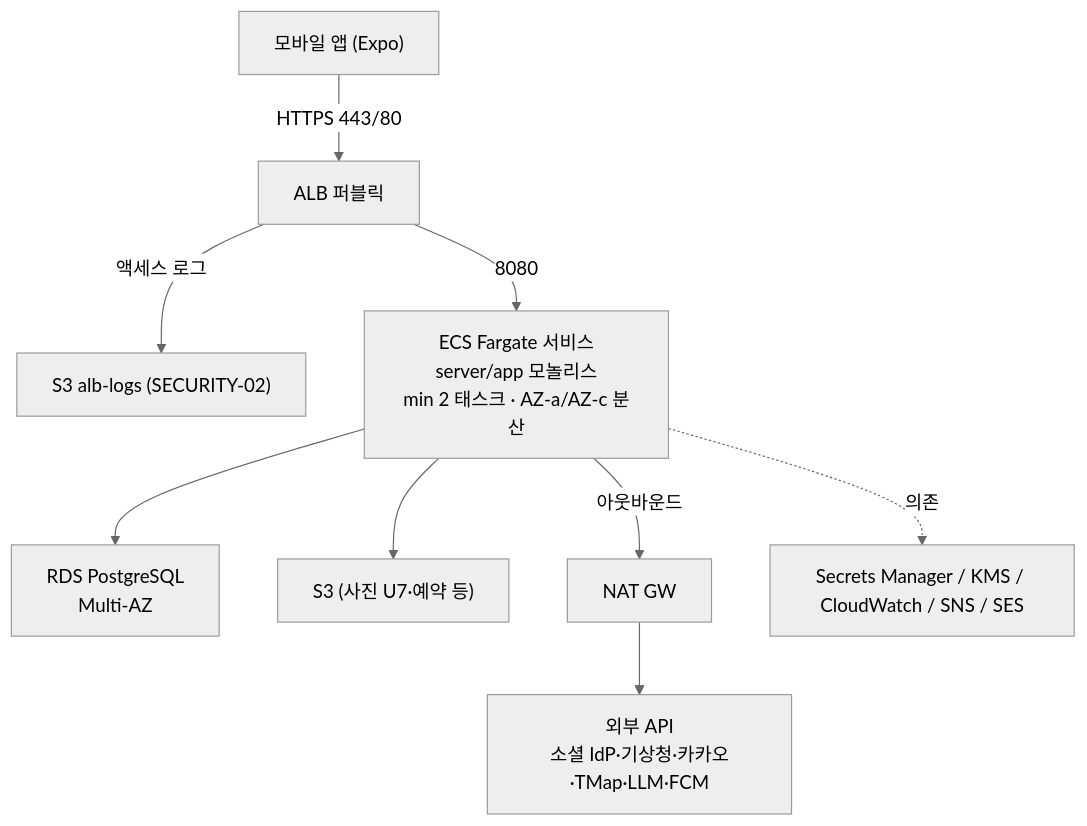
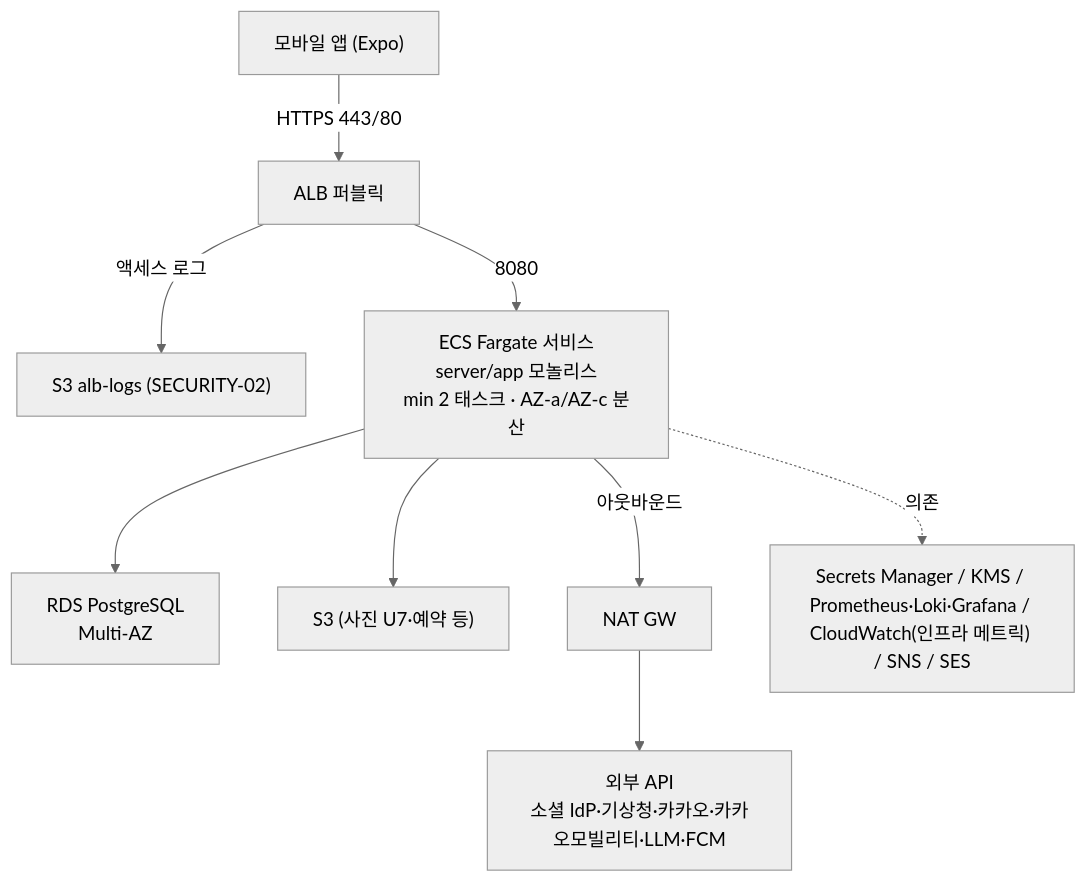
One commit to ASM-TripPilot/.github changed the first of 2 diagrams in docs/planning/infrastructure.md. Above: the diagram before and after it, drawn with Mermaid (neutral theme). The commit also changed other lines of this file and 16 other files, not shown here.

````diff
--- a/docs/planning/infrastructure.md
+++ b/docs/planning/infrastructure.md
@@ -32,11 +32,11 @@
 ```mermaid
 flowchart TD
   App["모바일 앱 (Expo)"] -->|"HTTPS 443/80"| ALB["ALB 퍼블릭"]
   ALB -->|"액세스 로그"| S3Logs["S3 alb-logs (SECURITY-02)"]
   ALB -->|"8080"| ECS["ECS Fargate 서비스<br/>server/app 모놀리스<br/>min 2 태스크 · AZ-a/AZ-c 분산"]
   ECS --> RDS["RDS PostgreSQL<br/>Multi-AZ"]
   ECS --> S3["S3 (사진 U7·예약 등)"]
   ECS -->|"아웃바운드"| NAT["NAT GW"]
-  NAT --> Ext["외부 API<br/>소셜 IdP·기상청·카카오·TMap·LLM·FCM"]
-  ECS -.->|"의존"| Sec["Secrets Manager / KMS / CloudWatch / SNS / SES"]
+  NAT --> Ext["외부 API<br/>소셜 IdP·기상청·카카오·카카오모빌리티·LLM·FCM"]
+  ECS -.->|"의존"| Sec["Secrets Manager / KMS / Prometheus·Loki·Grafana / CloudWatch(인프라 메트릭) / SNS / SES"]
 ```
````
